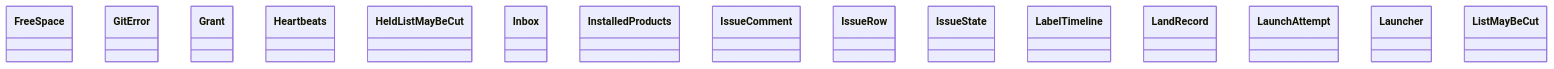
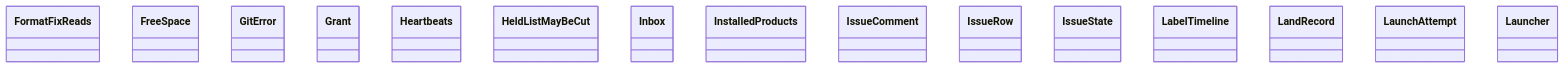
One commit to GonzaloZevallos/agentic-system changed the diagram in docs/architecture/generated/classes-process-application-support-3.md. Above: the diagram before and after it, drawn with Mermaid. The commit also changed 23 other files, not shown here.

````diff
--- a/docs/architecture/generated/classes-process-application-support-3.md
+++ b/docs/architecture/generated/classes-process-application-support-3.md
@@ -20,18 +20,18 @@
 ```mermaid
 classDiagram
+    class ports__FormatFixReads["FormatFixReads"]
     class ports__FreeSpace["FreeSpace"]
     class ports__GitError["GitError"]
     class ports__Grant["Grant"]
     class ports__Heartbeats["Heartbeats"]
     class ports__HeldListMayBeCut["HeldListMayBeCut"]
     class ports__Inbox["Inbox"]
     class ports__InstalledProducts["InstalledProducts"]
     class ports__IssueComment["IssueComment"]
     class ports__IssueRow["IssueRow"]
     class ports__IssueState["IssueState"]
     class ports__LabelTimeline["LabelTimeline"]
     class ports__LandRecord["LandRecord"]
     class ports__LaunchAttempt["LaunchAttempt"]
     class ports__Launcher["Launcher"]
-    class ports__ListMayBeCut["ListMayBeCut"]
 ```
````
